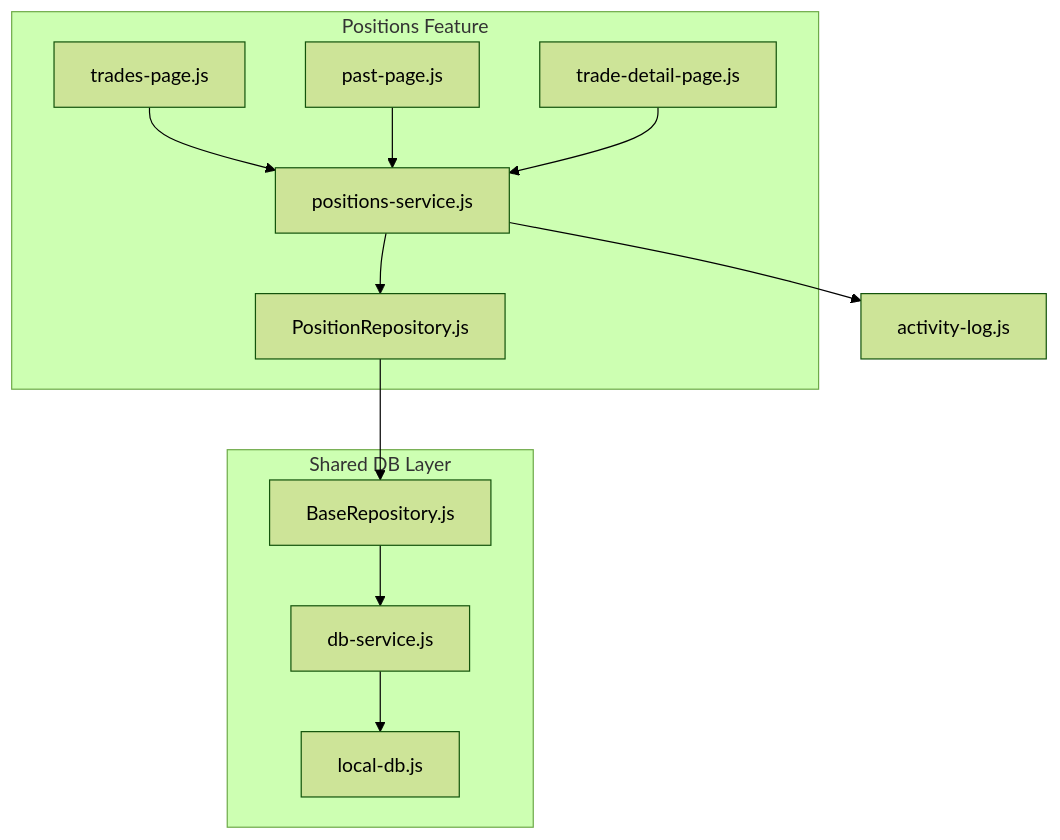
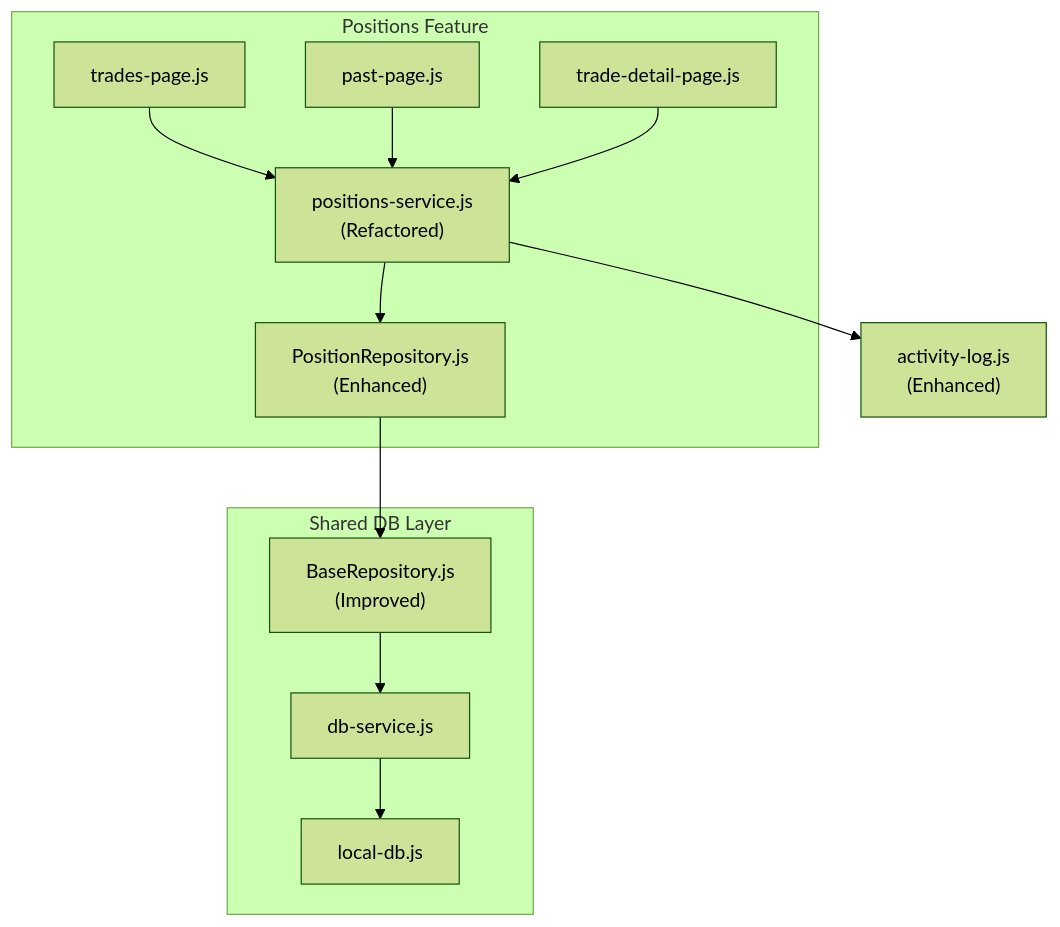
Before and after one commit to iliyas77/MTF-monitor: the first of 3 diagrams in .qoder/repowiki/en/content/API Reference/Service Layer API/Positions Service API.md, drawn with Mermaid (forest theme). The commit also changed other lines of this file and 46 other files, not shown here.

````diff
--- a/.qoder/repowiki/en/content/API Reference/Service Layer API/Positions Service API.md
+++ b/.qoder/repowiki/en/content/API Reference/Service Layer API/Positions Service API.md
@@ -40,24 +48,24 @@
 ```mermaid
 graph TB
 subgraph "Positions Feature"
-PS["positions-service.js"]
-PR["PositionRepository.js"]
+PS["positions-service.js<br/>(Refactored)"]
+PR["PositionRepository.js<br/>(Enhanced)"]
 TP["trades-page.js"]
 PP["past-page.js"]
 DPD["trade-detail-page.js"]
 end
 subgraph "Shared DB Layer"
-BR["BaseRepository.js"]
+BR["BaseRepository.js<br/>(Improved)"]
 DBS["db-service.js"]
 LDB["local-db.js"]
 end
-AL["activity-log.js"]
+AL["activity-log.js<br/>(Enhanced)"]
 TP --> PS
 PP --> PS
 DPD --> PS
 PS --> PR
 PR --> BR
 BR --> DBS
 DBS --> LDB
 PS --> AL
 ```
````
